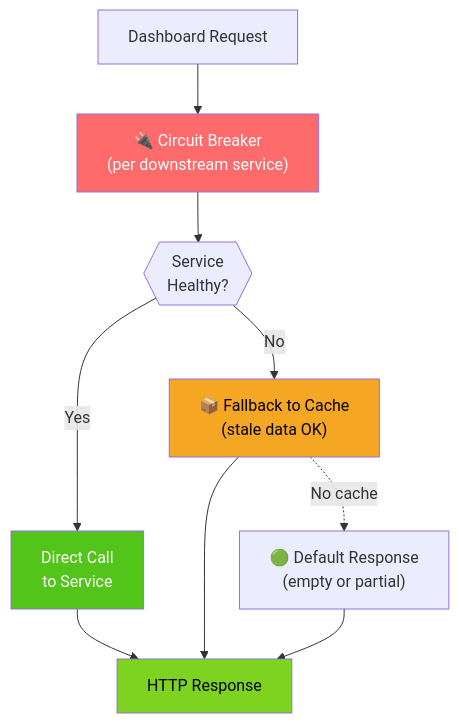
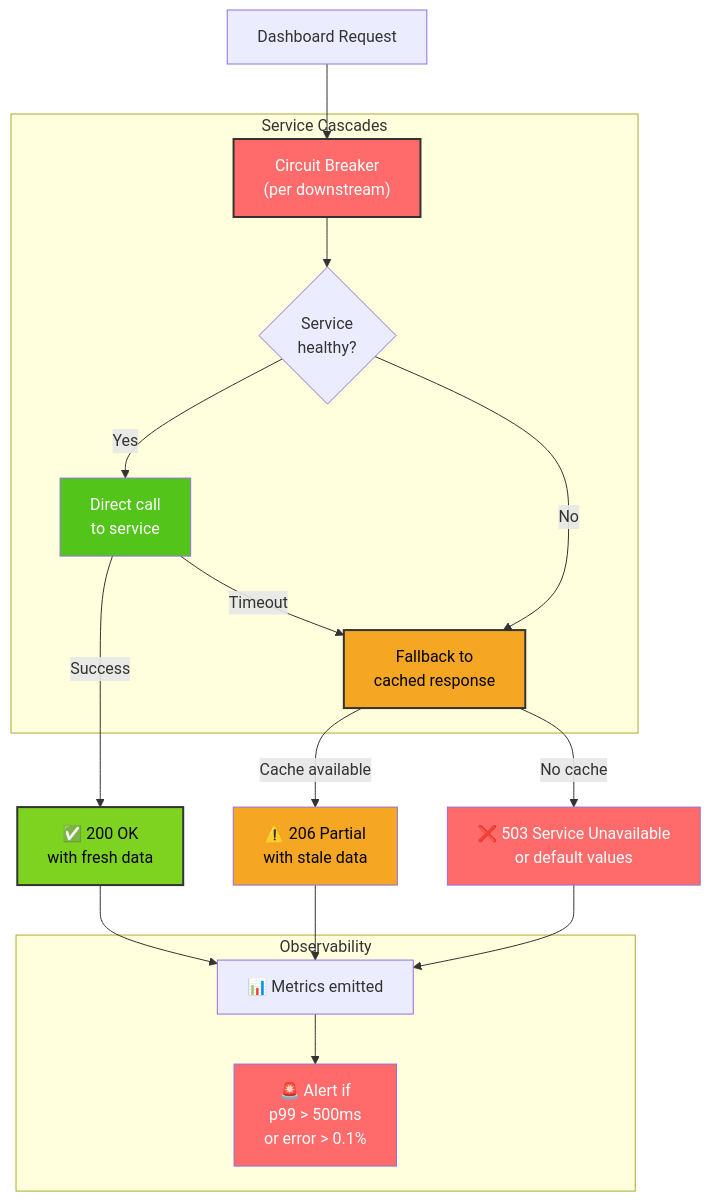
Before and after one commit to sunitakeazycommerz-a11y/InstaCommerce: the third of 5 diagrams in docs/services/admin-gateway-service/diagrams-v2/07-end-to-end.md, drawn with Mermaid. The commit also changed other lines of this file and 12 other files, not shown here.

````diff
--- a/docs/services/admin-gateway-service/diagrams-v2/07-end-to-end.md
+++ b/docs/services/admin-gateway-service/diagrams-v2/07-end-to-end.md
@@ -86,24 +202,41 @@
 ```mermaid
 graph TB
     Request["Dashboard Request"]
-    CircuitBreaker["🔌 Circuit Breaker<br/>(per downstream service)"]
-    ServiceStatus{{"Service<br/>Healthy?"}}
-    DirectCall["Direct Call<br/>to Service"]
-    CachedResponse["📦 Fallback to Cache<br/>(stale data OK)"]
-    DefaultResponse["🟢 Default Response<br/>(empty or partial)"]
-    Response["HTTP Response"]
 
-    Request --> CircuitBreaker
-    CircuitBreaker --> ServiceStatus
-    ServiceStatus -->|Yes| DirectCall
-    ServiceStatus -->|No| CachedResponse
-    CachedResponse --> Response
-    DirectCall --> Response
-    CachedResponse -.->|No cache| DefaultResponse
-    DefaultResponse --> Response
+    subgraph cascades["Service Cascades"]
+        CB["Circuit Breaker<br/>(per downstream)"]
+        Service{"Service<br/>healthy?"}
+        DirectCall["Direct call<br/>to service"]
+        Fallback["Fallback to<br/>cached response"]
+    end
 
-    style CircuitBreaker fill:#FF6B6B,color:#fff
+    subgraph monitoring["Observability"]
+        Metrics["📊 Metrics emitted"]
+        Alert["🚨 Alert if<br/>p99 > 500ms<br/>or error > 0.1%"]
+    end
+
+    Request --> CB
+    CB --> Service
+
+    Service -->|Yes| DirectCall
+    DirectCall -->|Success| Response_200["✅ 200 OK<br/>with fresh data"]
+    DirectCall -->|Timeout| Fallback
+
+    Service -->|No| Fallback
+    Fallback -->|Cache available| Response_206["⚠️ 206 Partial<br/>with stale data"]
+    Fallback -->|No cache| Response_503["❌ 503 Service Unavailable<br/>or default values"]
+
+    Response_200 --> Metrics
+    Response_206 --> Metrics
+    Response_503 --> Metrics
+
+    Metrics --> Alert
+
+    style CB fill:#FF6B6B,color:#fff,stroke:#333,stroke-width:2px
     style DirectCall fill:#52C41A,color:#fff
-    style CachedResponse fill:#F5A623,color:#000
-    style Response fill:#7ED321,color:#000
+    style Fallback fill:#F5A623,color:#000,stroke:#333,stroke-width:2px
+    style Response_200 fill:#7ED321,color:#000,stroke:#333,stroke-width:2px
+    style Response_206 fill:#F5A623,color:#000
+    style Response_503 fill:#FF6B6B,color:#fff
+    style Alert fill:#FF6B6B,color:#fff
 ```
````
